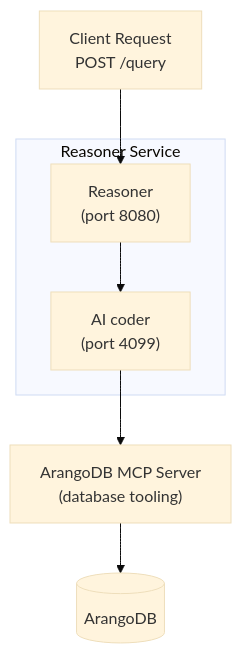
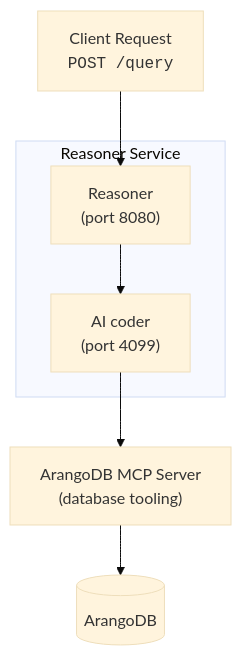
The third of 3 diagrams in site/content/agentic-ai-suite/reasoner/_index.md (arangodb/docs-hugo), drawn with Mermaid (base theme) before and after one commit. The commit also changed other lines of this file and 4 other files, not shown here.

First line of the commit message:
Nicer Mermaid diagrams

````diff
--- a/site/content/agentic-ai-suite/reasoner/_index.md
+++ b/site/content/agentic-ai-suite/reasoner/_index.md
@@ -89,15 +88,15 @@
 ```mermaid
 flowchart TD
     Client["Client Request
-    POST /query"] --> ReasonerPort
+      <code>POST /query</code>"] --> ReasonerPort
 
     subgraph ReasonerService["Reasoner Service"]
         ReasonerPort["Reasoner
         (port 8080)"] --> AICoder["AI coder
         (port 4099)"]
     end
 
     AICoder --> MCP["ArangoDB MCP Server
-    (database tooling)"]
+      (database tooling)"]
     MCP --> DB[(ArangoDB)]
 ```
````
